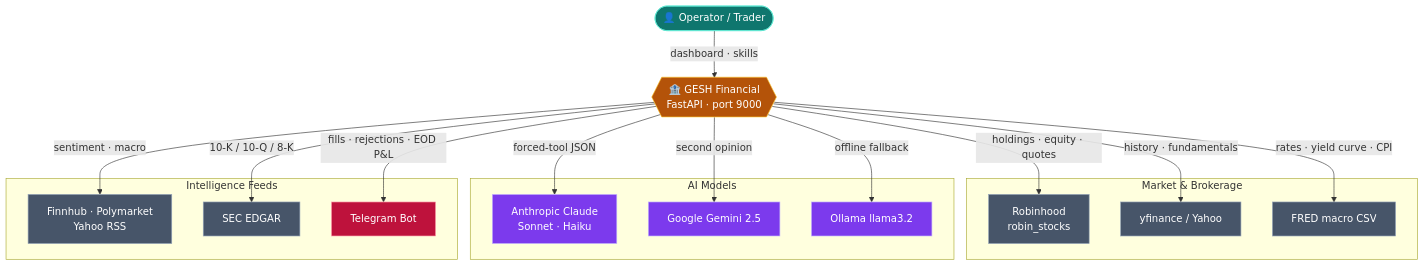
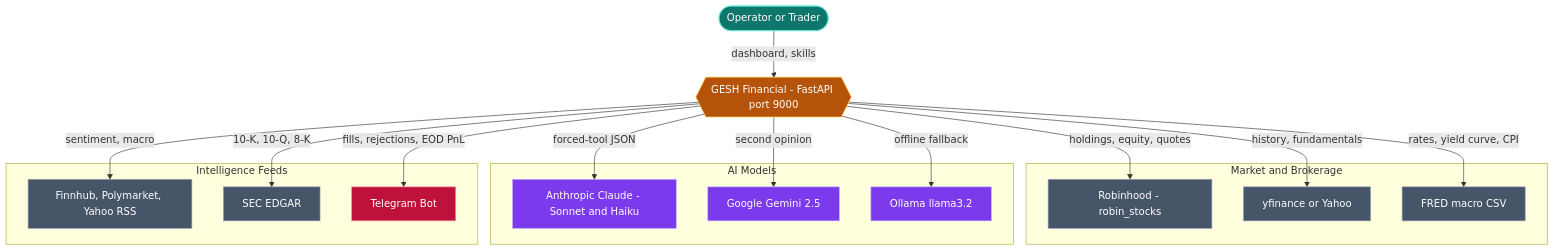
Before and after one commit to gesh75/Gesh-Project: the first of 8 diagrams in docs/ARCHITECTURE.md, drawn with Mermaid. The commit also changed other lines of this file and 1 other file, not shown here.

Commit message:
docs: harden mermaid diagrams for reliable GitHub rendering

````diff
--- a/docs/ARCHITECTURE.md
+++ b/docs/ARCHITECTURE.md
@@ -29,40 +29,40 @@
 ```mermaid
 flowchart TB
-    operator(["👤 Operator / Trader"]):::actor
-    gesh{{"🏦 GESH Financial<br/>FastAPI · port 9000"}}:::core
+    operator(["Operator or Trader"]):::actor
+    gesh{{"GESH Financial - FastAPI port 9000"}}:::core
 
-    subgraph MKT["Market & Brokerage"]
-        rh["Robinhood<br/>robin_stocks"]:::ext
-        yf["yfinance / Yahoo"]:::ext
+    subgraph MKT["Market and Brokerage"]
+        rh["Robinhood - robin_stocks"]:::ext
+        yf["yfinance or Yahoo"]:::ext
         fred["FRED macro CSV"]:::ext
     end
 
     subgraph AI["AI Models"]
-        claude["Anthropic Claude<br/>Sonnet · Haiku"]:::ai
+        claude["Anthropic Claude - Sonnet and Haiku"]:::ai
         gemini["Google Gemini 2.5"]:::ai
         ollama["Ollama llama3.2"]:::ai
     end
 
     subgraph INTEL["Intelligence Feeds"]
-        news["Finnhub · Polymarket<br/>Yahoo RSS"]:::ext
+        news["Finnhub, Polymarket, Yahoo RSS"]:::ext
         edgar["SEC EDGAR"]:::ext
         tg["Telegram Bot"]:::alert
     end
 
-    operator -->|"dashboard · skills"| gesh
-    gesh -->|"holdings · equity · quotes"| rh
-    gesh -->|"history · fundamentals"| yf
-    gesh -->|"rates · yield curve · CPI"| fred
+    operator -->|"dashboard, skills"| gesh
+    gesh -->|"holdings, equity, quotes"| rh
+    gesh -->|"history, fundamentals"| yf
+    gesh -->|"rates, yield curve, CPI"| fred
     gesh -->|"forced-tool JSON"| claude
     gesh -->|"second opinion"| gemini
     gesh -->|"offline fallback"| ollama
-    gesh -->|"sentiment · macro"| news
-    gesh -->|"10-K / 10-Q / 8-K"| edgar
-    gesh -->|"fills · rejections · EOD P&L"| tg
+    gesh -->|"sentiment, macro"| news
+    gesh -->|"10-K, 10-Q, 8-K"| edgar
+    gesh -->|"fills, rejections, EOD PnL"| tg
 
     classDef actor  fill:#0f766e,stroke:#5eead4,color:#fff
     classDef core   fill:#b45309,stroke:#fbbf24,color:#fff
     classDef ai     fill:#7c3aed,stroke:#c4b5fd,color:#fff
     classDef ext    fill:#475569,stroke:#94a3b8,color:#fff
     classDef alert  fill:#be123c,stroke:#fda4af,color:#fff
 ```
````
